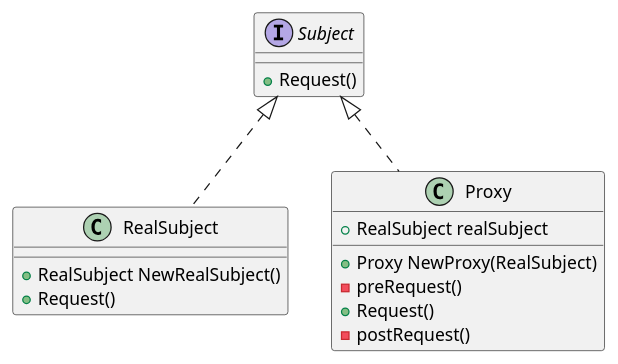
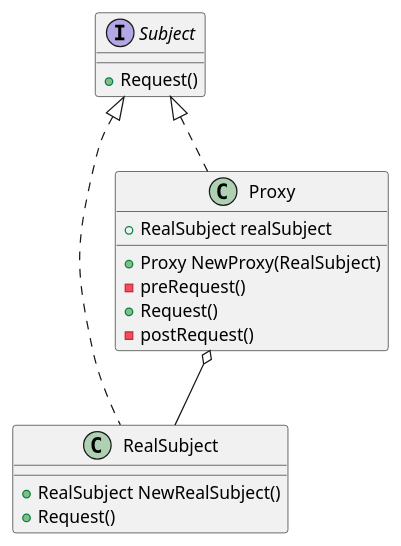
One commit to muliniao/golang-design-pattern changed the diagram in 09_proxy/proxy.puml. Above: the diagram before and after it, drawn with PlantUML. The commit also changed 11 other files, not shown here.

```diff
--- a/09_proxy/proxy.puml
+++ b/09_proxy/proxy.puml
@@ -1,24 +1,25 @@
 @startuml
 'https://plantuml.com/class-diagram
 
 interface Subject {
 +Request()
 }
 
 class RealSubject {
 +RealSubject NewRealSubject()
 +Request()
 }
 
 class Proxy {
 +RealSubject realSubject
 +Proxy NewProxy(RealSubject)
 -preRequest()
 +Request()
 -postRequest()
 }
 
 Subject <|.. RealSubject
 Subject <|.. Proxy
+Proxy o-- RealSubject
 
 @enduml
```
